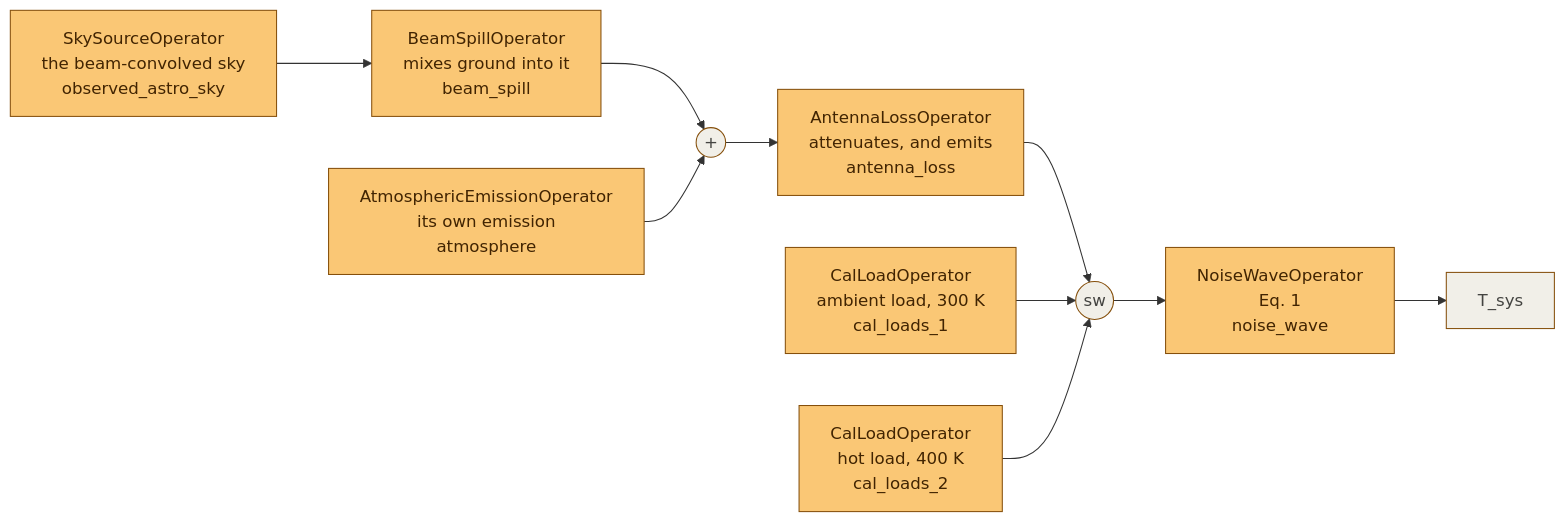
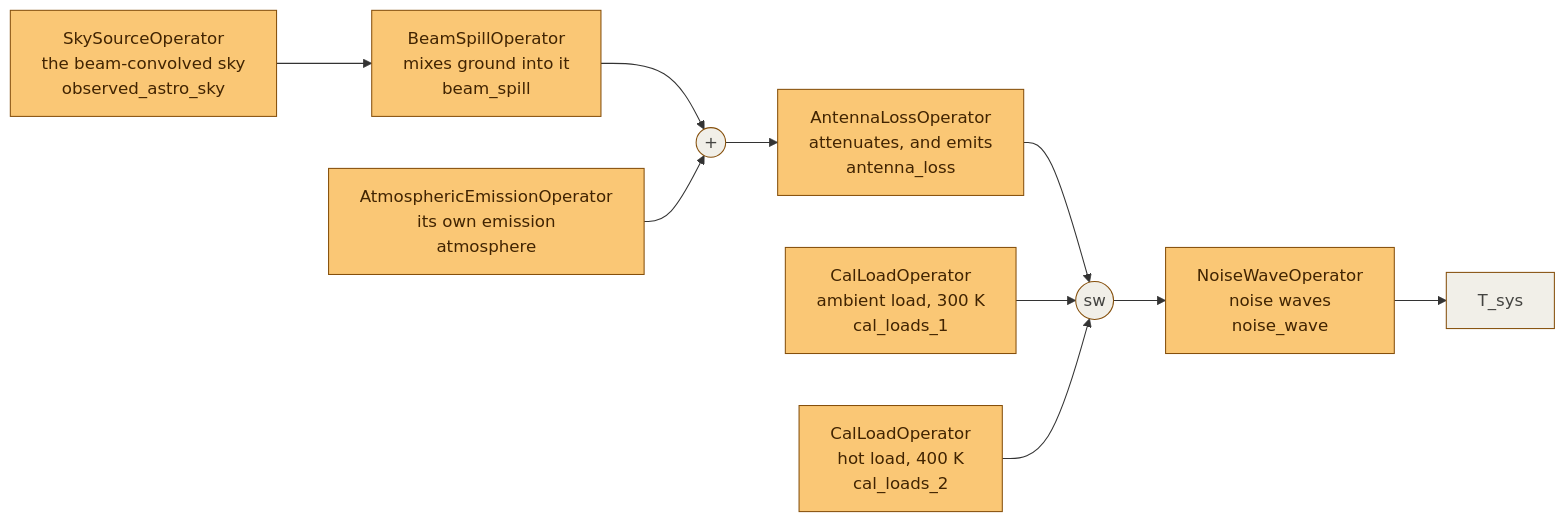
The diagram in docs/sky-to-receiver.md (RHINO-Experiment/rheplicant), drawn with Mermaid before and after one commit. The commit also changed other lines of this file and 25 other files, not shown here.

````diff
--- a/docs/sky-to-receiver.md
+++ b/docs/sky-to-receiver.md
@@ -70,26 +70,26 @@
 ```{mermaid}
 flowchart LR
   sky["SkySourceOperator<br/>the beam-convolved sky<br/>observed_astro_sky"]
   spill["BeamSpillOperator<br/>mixes ground into it<br/>beam_spill"]
   atm["AtmosphericEmissionOperator<br/>its own emission<br/>atmosphere"]
   tsum(("+"))
   loss["AntennaLossOperator<br/>attenuates, and emits<br/>antenna_loss"]
   sw(("sw"))
   amb["CalLoadOperator<br/>ambient load, 300 K<br/>cal_loads_1"]
   hot["CalLoadOperator<br/>hot load, 400 K<br/>cal_loads_2"]
-  nw["NoiseWaveOperator<br/>Eq. 1<br/>noise_wave"]
+  nw["NoiseWaveOperator<br/>noise waves<br/>noise_wave"]
   out["T_sys"]
   sky --> spill
   spill --> tsum
   atm --> tsum
   tsum --> loss
   loss --> sw
   amb --> sw
   hot --> sw
   sw --> nw
   nw --> out
   classDef lit fill:#FAC775,stroke:#854F0B,color:#412402;
   classDef wire fill:#F1EFE8,stroke:#854F0B,color:#444441;
   class sky,spill,atm,loss,amb,hot,nw lit;
   class tsum,sw,out wire;
 ```
````
